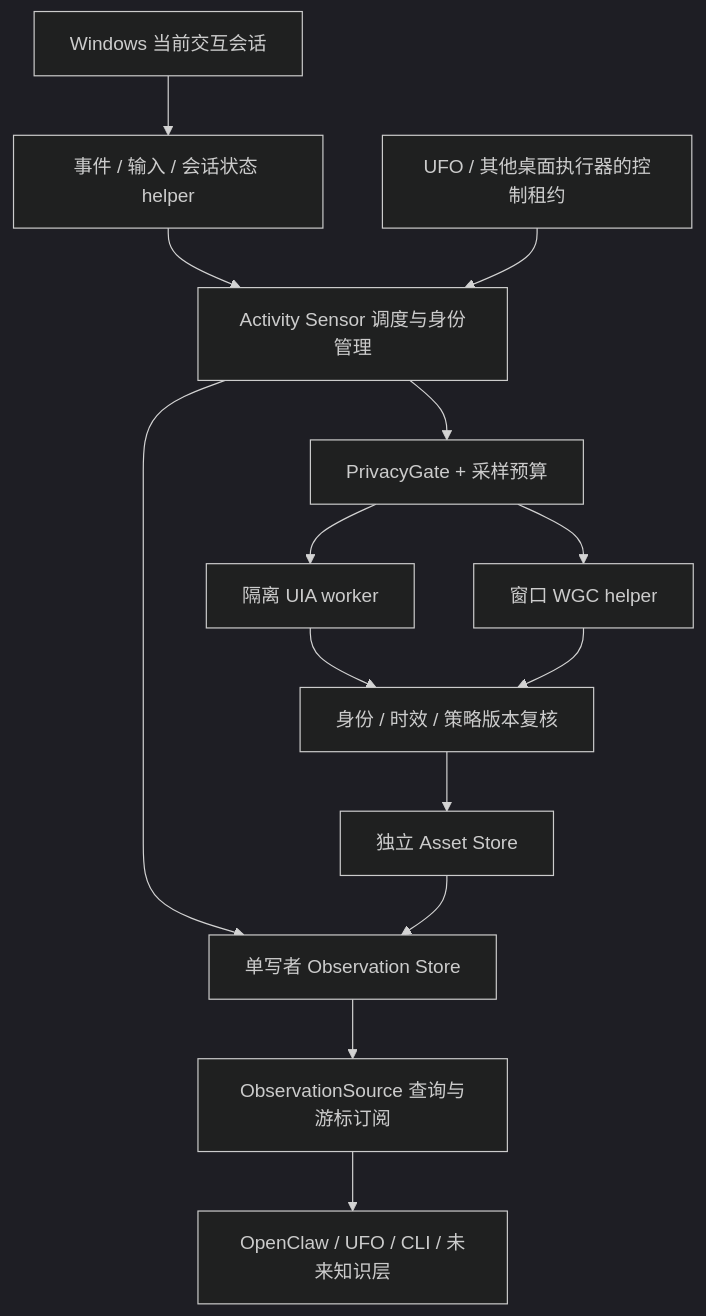
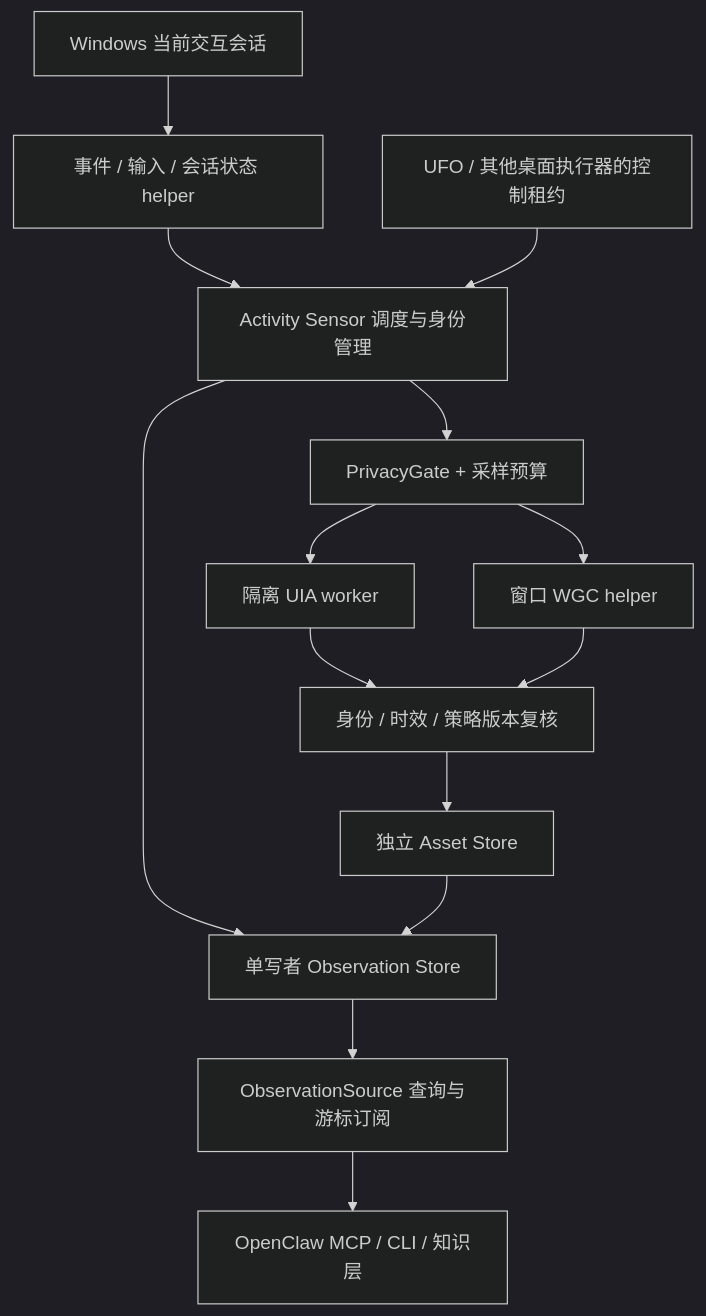
One commit to lyingloong/Mirally changed the second of 2 diagrams in docs/activity-sensor-design.md. Above: the diagram before and after it, drawn with Mermaid (dark theme). The commit also changed other lines of this file and 30 other files, not shown here.

````diff
--- a/docs/activity-sensor-design.md
+++ b/docs/activity-sensor-design.md
@@ -124,16 +124,16 @@
 ```mermaid
 flowchart TB
   OS[Windows 当前交互会话] --> N[事件 / 输入 / 会话状态 helper]
   N --> S[Activity Sensor 调度与身份管理]
   B[UFO / 其他桌面执行器的控制租约] --> S
   S --> G[PrivacyGate + 采样预算]
   G --> U[隔离 UIA worker]
   G --> W[窗口 WGC helper]
   U --> V[身份 / 时效 / 策略版本复核]
   W --> V
   S --> D[单写者 Observation Store]
   V --> A[独立 Asset Store]
   A --> D
   D --> Q[ObservationSource 查询与游标订阅]
-  Q --> C[OpenClaw / UFO / CLI / 未来知识层]
+  Q --> C[OpenClaw MCP / CLI / 知识层]
 ```
````
